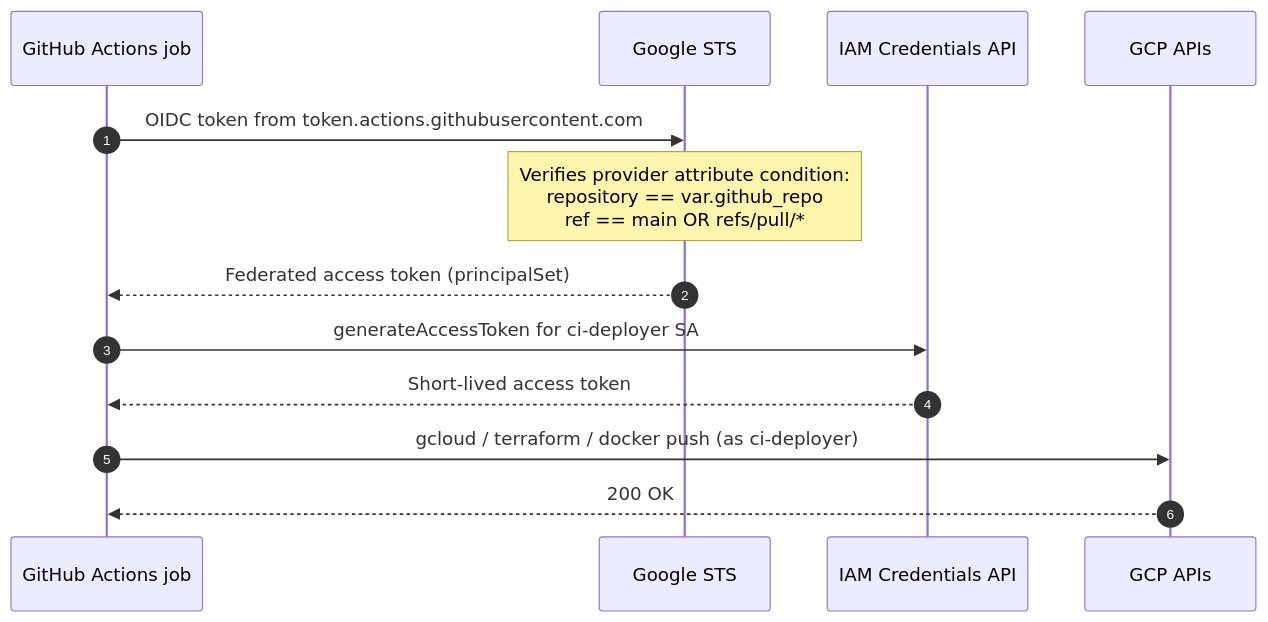
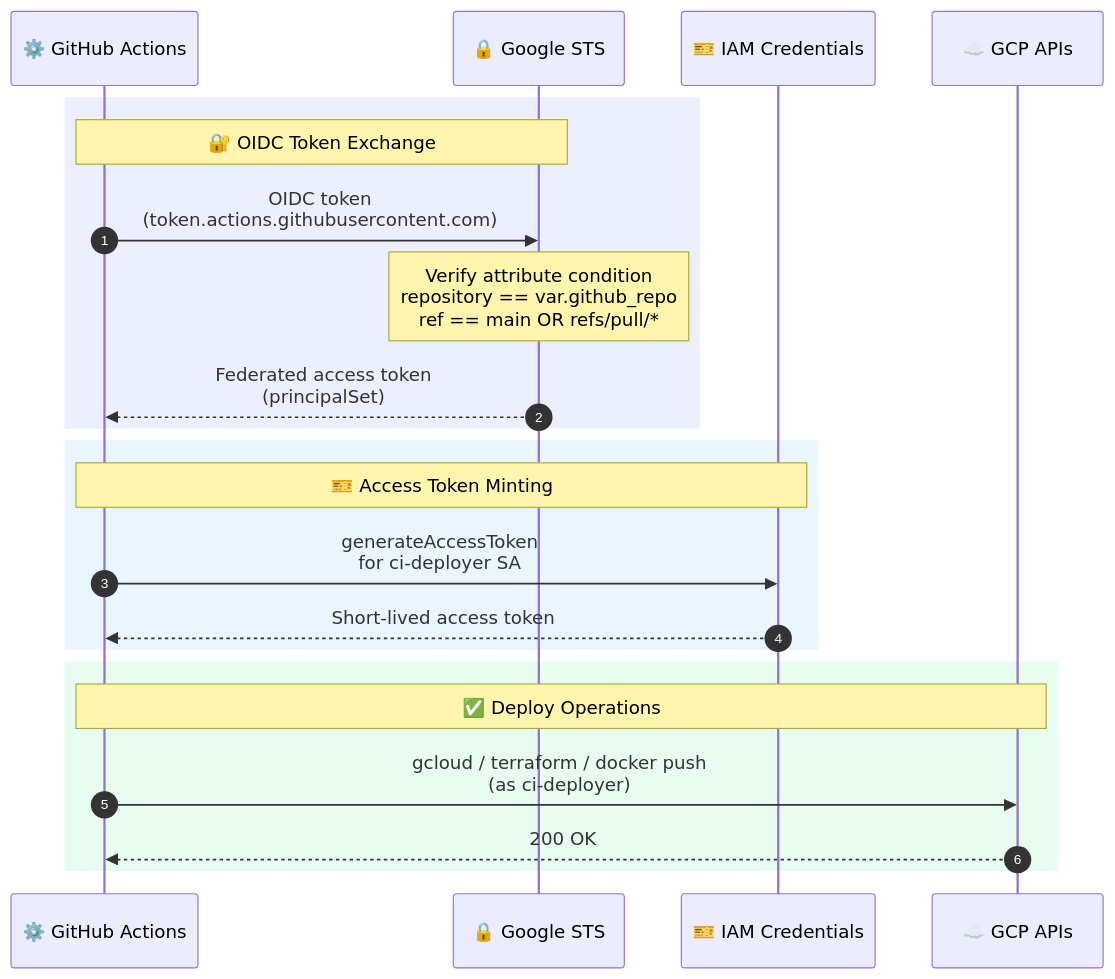
The second of 2 diagrams in terraform/README.md (joshua-data/project-gharchive-elt), drawn with Mermaid before and after one commit. The commit also changed other lines of this file and 2 other files, not shown here.

Commit message:
edited: apply mermaid style policy to README.s

````diff
--- a/terraform/README.md
+++ b/terraform/README.md
@@ -66,16 +99,27 @@
 ```mermaid
 sequenceDiagram
     autonumber
-    participant Job as GitHub Actions job
-    participant STS as Google STS
-    participant IAM as IAM Credentials API
-    participant GCP as GCP APIs
+    participant Job as ⚙️ GitHub Actions
+    participant STS as 🔒 Google STS
+    participant IAM as 🎫 IAM Credentials
+    participant GCP as ☁️ GCP APIs
 
-    Job->>STS: OIDC token from token.actions.githubusercontent.com
-    Note over STS: Verifies provider attribute condition:<br/>repository == var.github_repo<br/>ref == main OR refs/pull/*
-    STS-->>Job: Federated access token (principalSet)
-    Job->>IAM: generateAccessToken for ci-deployer SA
-    IAM-->>Job: Short-lived access token
-    Job->>GCP: gcloud / terraform / docker push (as ci-deployer)
-    GCP-->>Job: 200 OK
+    rect rgb(102, 126, 234, 0.12)
+        Note over Job,STS: 🔐 OIDC Token Exchange
+        Job->>STS: OIDC token<br/>(token.actions.githubusercontent.com)
+        Note over STS: Verify attribute condition<br/>repository == var.github_repo<br/>ref == main OR refs/pull/*
+        STS-->>Job: Federated access token<br/>(principalSet)
+    end
+
+    rect rgb(79, 172, 254, 0.12)
+        Note over Job,IAM: 🎫 Access Token Minting
+        Job->>IAM: generateAccessToken<br/>for ci-deployer SA
+        IAM-->>Job: Short-lived access token
+    end
+
+    rect rgb(56, 239, 125, 0.12)
+        Note over Job,GCP: ✅ Deploy Operations
+        Job->>GCP: gcloud / terraform / docker push<br/>(as ci-deployer)
+        GCP-->>Job: 200 OK
+    end
 ```
````
